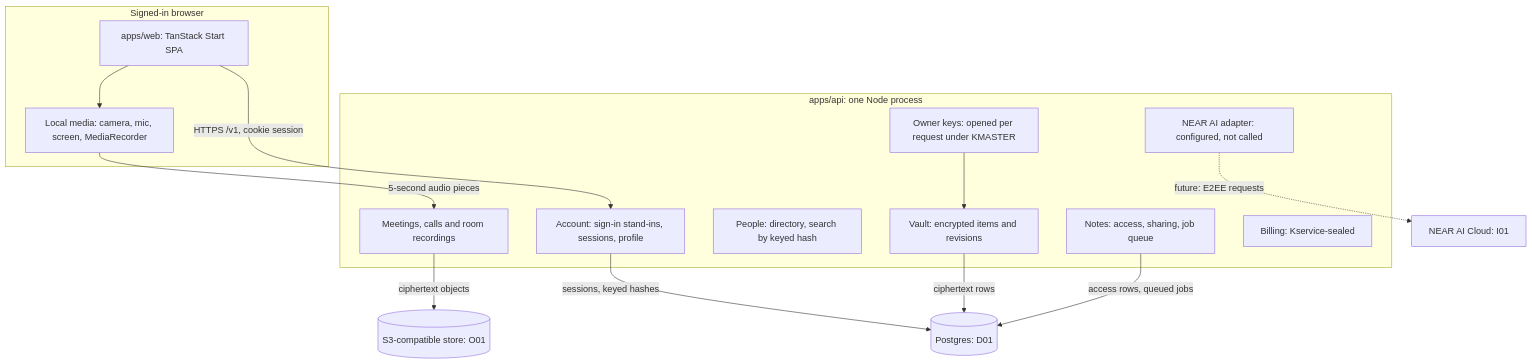
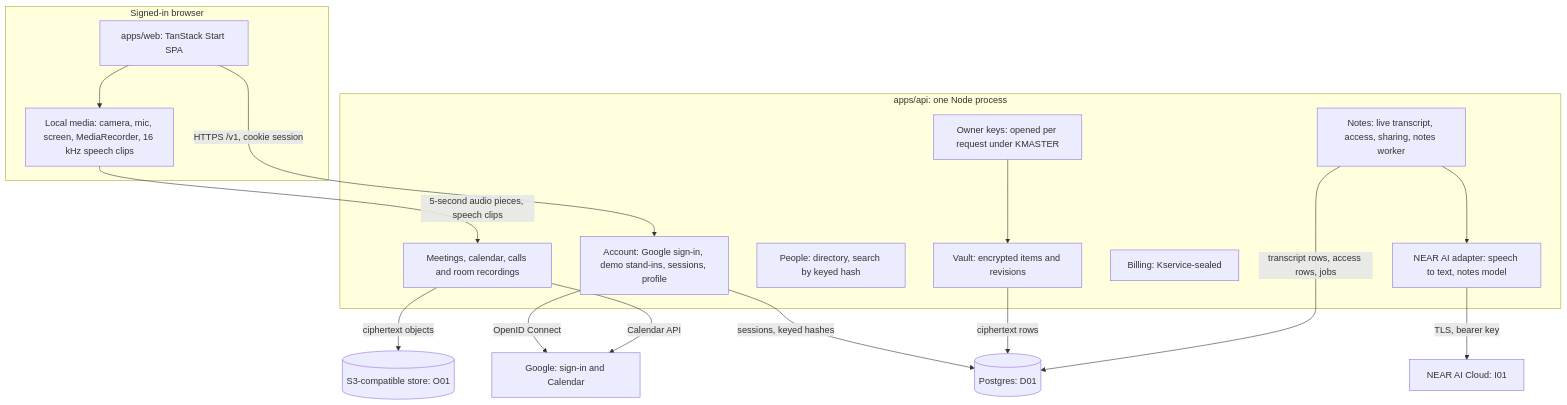
One commit to thebakedalaskan/alcove-solutions changed the diagram in docs/engineering/system-architecture.md. Above: the diagram before and after it, drawn with Mermaid. The commit also changed other lines of this file and 27 other files, not shown here.

````diff
--- a/docs/engineering/system-architecture.md
+++ b/docs/engineering/system-architecture.md
@@ -10,26 +10,29 @@
 ```mermaid
 flowchart TB
     subgraph Browser[Signed-in browser]
         UI[apps/web: TanStack Start SPA]
-        Media[Local media: camera, mic, screen, MediaRecorder]
+        Media[Local media: camera, mic, screen, MediaRecorder, 16 kHz speech clips]
         UI --> Media
     end
     subgraph API[apps/api: one Node process]
-        Account[Account: sign-in stand-ins, sessions, profile]
+        Account[Account: Google sign-in, demo stand-ins, sessions, profile]
         Keys[Owner keys: opened per request under KMASTER]
         Vault[Vault: encrypted items and revisions]
         People[People: directory, search by keyed hash]
-        Calls[Meetings, calls and room recordings]
-        Notes[Notes: access, sharing, job queue]
+        Calls[Meetings, calendar, calls and room recordings]
+        Notes[Notes: live transcript, access, sharing, notes worker]
         Billing[Billing: Kservice-sealed]
-        Inference[NEAR AI adapter: configured, not called]
+        Inference[NEAR AI adapter: speech to text, notes model]
     end
     UI -->|HTTPS /v1, cookie session| Account
-    Media -->|5-second audio pieces| Calls
+    Media -->|5-second audio pieces, speech clips| Calls
     Keys --> Vault
     Account -->|sessions, keyed hashes| DB[(Postgres: D01)]
     Vault -->|ciphertext rows| DB
-    Notes -->|access rows, queued jobs| DB
+    Notes -->|transcript rows, access rows, jobs| DB
     Calls -->|ciphertext objects| Obj[(S3-compatible store: O01)]
-    Inference -.->|future: E2EE requests| I01[NEAR AI Cloud: I01]
+    Notes --> Inference
+    Inference -->|TLS, bearer key| I01[NEAR AI Cloud: I01]
+    Account -->|OpenID Connect| Google[Google: sign-in and Calendar]
+    Calls -->|Calendar API| Google
 ```
````
